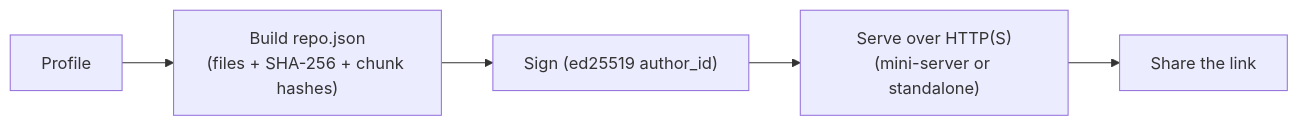
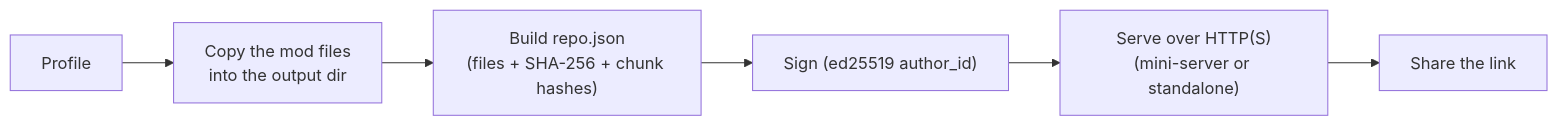
The first of 2 diagrams in frontend/assets/docs/en/how-it-works/sync-repos.md (FreeProject089/BetterModsManager), drawn with Mermaid before and after one commit. The commit also changed other lines of this file and 1 other file, not shown here.

First line of the commit message:
Docs: sync the repo-export corrections into Help & other

````diff
--- a/frontend/assets/docs/en/how-it-works/sync-repos.md
+++ b/frontend/assets/docs/en/how-it-works/sync-repos.md
@@ -20,7 +35,8 @@
 ```mermaid
 flowchart LR
-    PROF["Profile"] --> GEN["Build repo.json<br/>(files + SHA-256 + chunk hashes)"]
+    PROF["Profile"] --> COPY["Copy the mod files<br/>into the output dir"]
+    COPY --> GEN["Build repo.json<br/>(files + SHA-256 + chunk hashes)"]
     GEN --> SIGN["Sign (ed25519 author_id)"]
     SIGN --> SERVE["Serve over HTTP(S)<br/>(mini-server or standalone)"]
     SERVE --> LINK["Share the link"]
 ```
````
